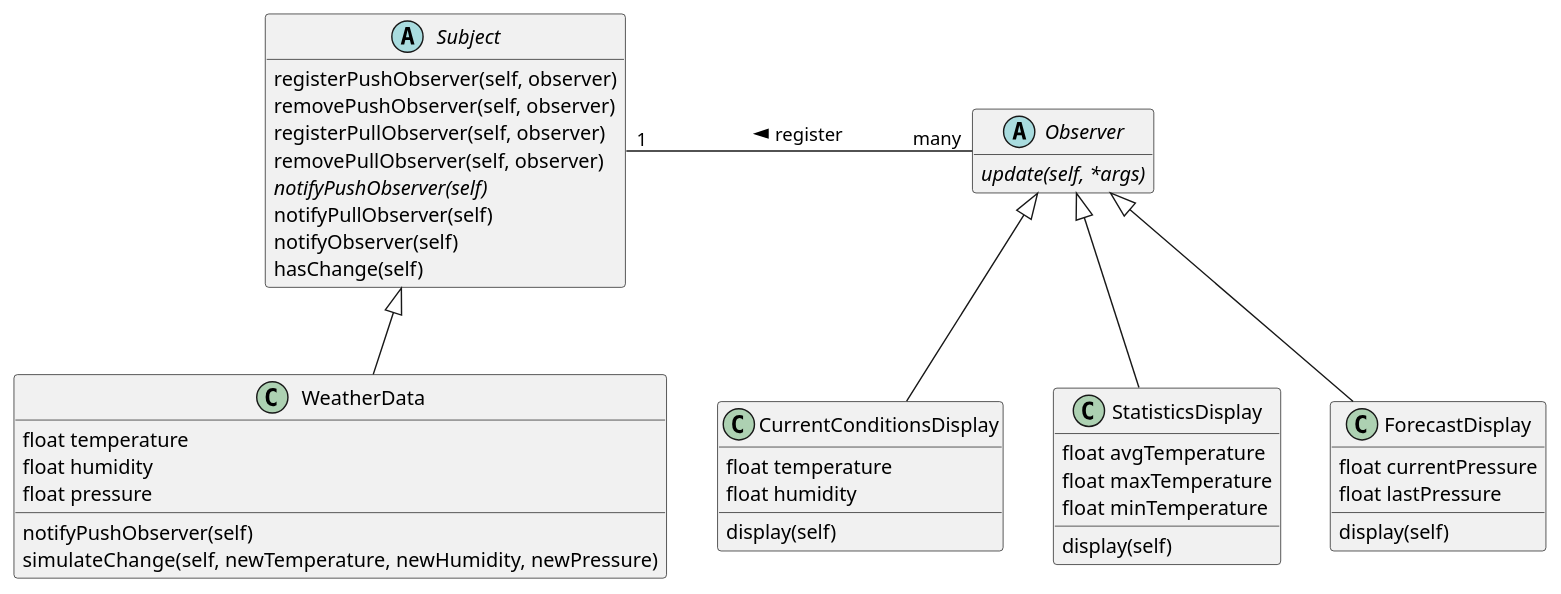
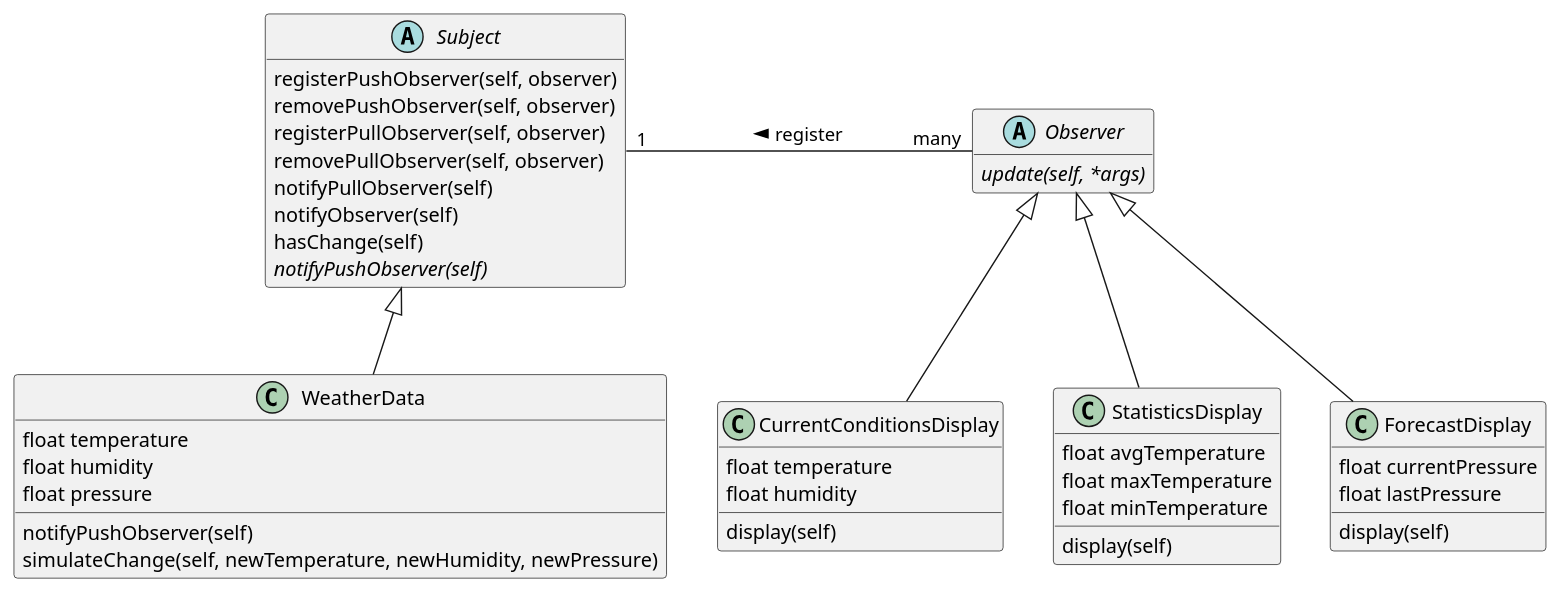
One commit to gama79530/DesignPattern changed the diagram in 02_ObserverPattern/ObserverPattern.puml. Above: the diagram before and after it, drawn with PlantUML. The commit also changed other lines of this file, not shown here.

```diff
--- a/02_ObserverPattern/ObserverPattern.puml
+++ b/02_ObserverPattern/ObserverPattern.puml
@@ -1,55 +1,55 @@
 @startuml ObserverPattern
 
 hide empty members
 
 abstract class Subject{
     registerPushObserver(self, observer)
     removePushObserver(self, observer)
     registerPullObserver(self, observer)
     removePullObserver(self, observer)
-    {abstract} notifyPushObserver(self)
     notifyPullObserver(self)
     notifyObserver(self)
     hasChange(self)
+    {abstract} notifyPushObserver(self)
 }
 
 class WeatherData{
     float temperature
     float humidity
     float pressure
     notifyPushObserver(self)
     simulateChange(self, newTemperature, newHumidity, newPressure)
 }
 
 abstract class Observer{
     {abstract} update(self, *args)
 }
 
 class CurrentConditionsDisplay{
     float temperature
     float humidity
     display(self)
 }
 
 class StatisticsDisplay{
     float avgTemperature
     float maxTemperature
     float minTemperature
     display(self)
 }
 
 class ForecastDisplay{
     float currentPressure
     float lastPressure
     display(self)
 }
 
 Subject <|-- WeatherData
 
 Observer <|-- CurrentConditionsDisplay
 Observer <|-- StatisticsDisplay
 Observer <|-- ForecastDisplay
 
 Subject "1" - "many" Observer : < register 
 
 @enduml
```
